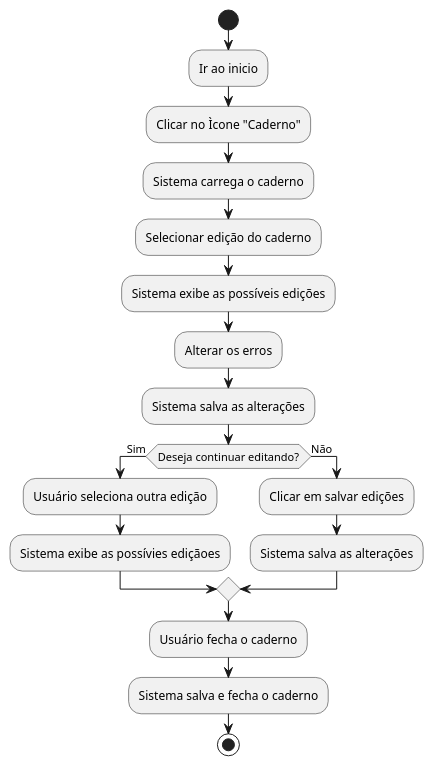
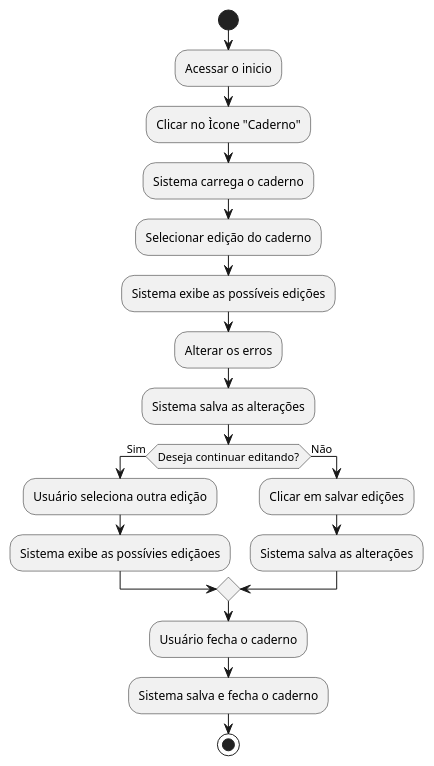
The diagram in Documentacao/diagrama_atividade/src/editar_caderno.wsd (julioryanm/P.I.Fatec-1SEM.2024), drawn with PlantUML before and after one commit.

```diff
--- a/Documentacao/diagrama_atividade/src/editar_caderno.wsd
+++ b/Documentacao/diagrama_atividade/src/editar_caderno.wsd
@@ -1,24 +1,24 @@
 @startuml
 start
 
-:Ir ao inicio;
+:Acessar o inicio;
 :Clicar no Ìcone "Caderno";
 :Sistema carrega o caderno;
 :Selecionar edição do caderno;
 :Sistema exibe as possíveis edições;
 :Alterar os erros;
 :Sistema salva as alterações;
 if (Deseja continuar editando?) then (Sim)
   :Usuário seleciona outra edição;
   :Sistema exibe as possívies ediçãoes;
    else (Não)
     :Clicar em salvar edições;
     :Sistema salva as alterações;
  
 endif
 
 :Usuário fecha o caderno;
 :Sistema salva e fecha o caderno;
 
 stop
 @enduml
```
